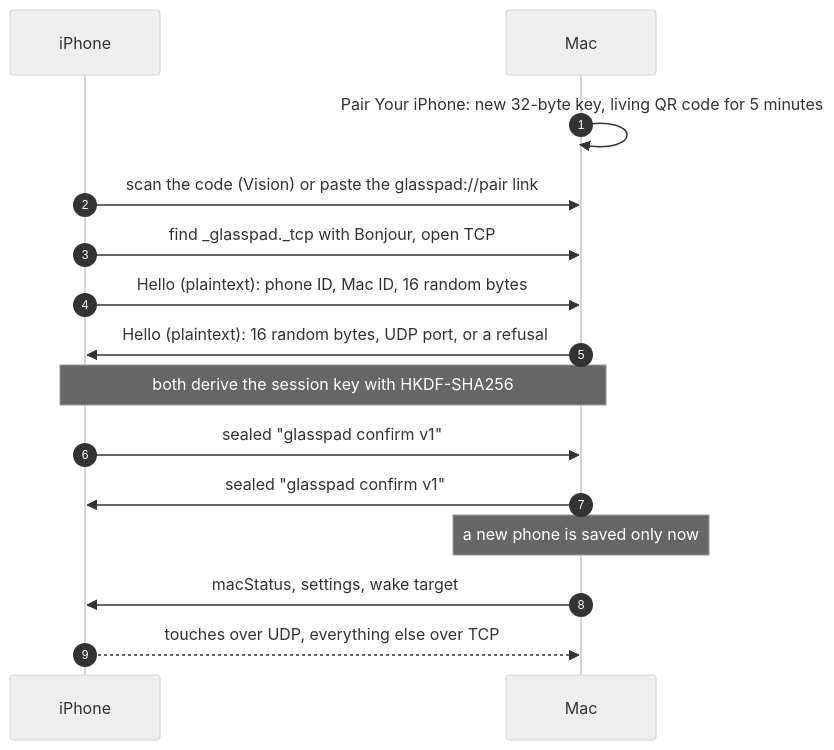
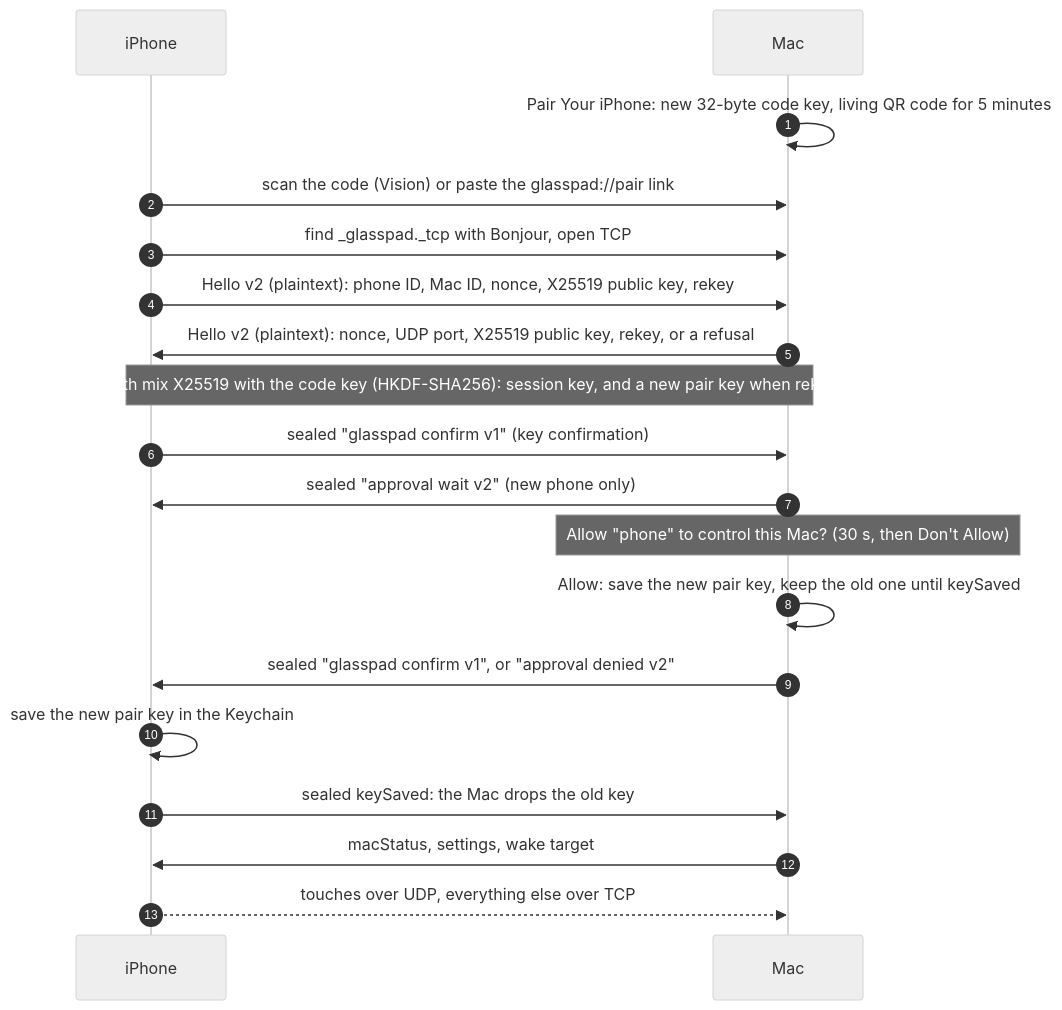
The third of 5 diagrams in ARCHITECTURE.md (Soham109/glasspad), drawn with Mermaid (neutral theme) before and after one commit. The commit also changed other lines of this file and 16 other files, not shown here.

````diff
--- a/ARCHITECTURE.md
+++ b/ARCHITECTURE.md
@@ -112,17 +112,21 @@
 ```mermaid
 sequenceDiagram
   autonumber
   participant P as iPhone
   participant M as Mac
-  M->>M: Pair Your iPhone: new 32-byte key, living QR code for 5 minutes
+  M->>M: Pair Your iPhone: new 32-byte code key, living QR code for 5 minutes
   P->>M: scan the code (Vision) or paste the glasspad://pair link
   P->>M: find _glasspad._tcp with Bonjour, open TCP
-  P->>M: Hello (plaintext): phone ID, Mac ID, 16 random bytes
-  M->>P: Hello (plaintext): 16 random bytes, UDP port, or a refusal
-  Note over P,M: both derive the session key with HKDF-SHA256
-  P->>M: sealed "glasspad confirm v1"
-  M->>P: sealed "glasspad confirm v1"
-  Note over M: a new phone is saved only now
+  P->>M: Hello v2 (plaintext): phone ID, Mac ID, nonce, X25519 public key, rekey
+  M->>P: Hello v2 (plaintext): nonce, UDP port, X25519 public key, rekey, or a refusal
+  Note over P,M: both mix X25519 with the code key (HKDF-SHA256): session key, and a new pair key when rekey
+  P->>M: sealed "glasspad confirm v1" (key confirmation)
+  M->>P: sealed "approval wait v2" (new phone only)
+  Note over M: Allow "phone" to control this Mac? (30 s, then Don't Allow)
+  M->>M: Allow: save the new pair key, keep the old one until keySaved
+  M->>P: sealed "glasspad confirm v1", or "approval denied v2"
+  P->>P: save the new pair key in the Keychain
+  P->>M: sealed keySaved: the Mac drops the old key
   M->>P: macStatus, settings, wake target
   P-->>M: touches over UDP, everything else over TCP
 ```
````
